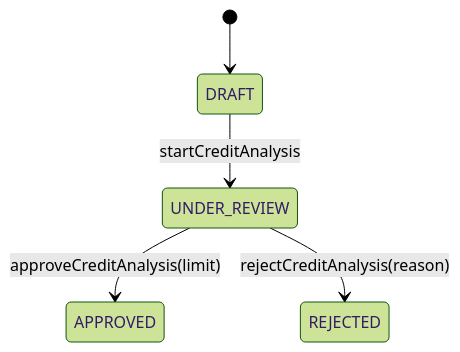
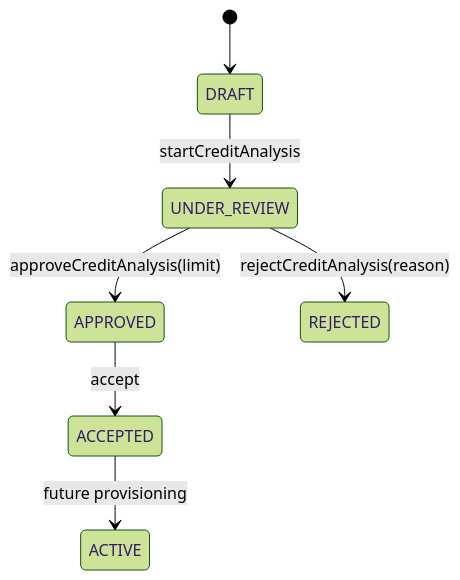
One commit to tmcly/credit-contract-manager changed the second of 8 diagrams in docs/architecture/overview.md. Above: the diagram before and after it, drawn with Mermaid (forest theme). The commit also changed other lines of this file and 20 other files, not shown here.

````diff
--- a/docs/architecture/overview.md
+++ b/docs/architecture/overview.md
@@ -83,7 +85,9 @@
 ```mermaid
 stateDiagram-v2
     [*] --> DRAFT
     DRAFT --> UNDER_REVIEW: startCreditAnalysis
     UNDER_REVIEW --> APPROVED: approveCreditAnalysis(limit)
     UNDER_REVIEW --> REJECTED: rejectCreditAnalysis(reason)
+    APPROVED --> ACCEPTED: accept
+    ACCEPTED --> ACTIVE: future provisioning
 ```
````
